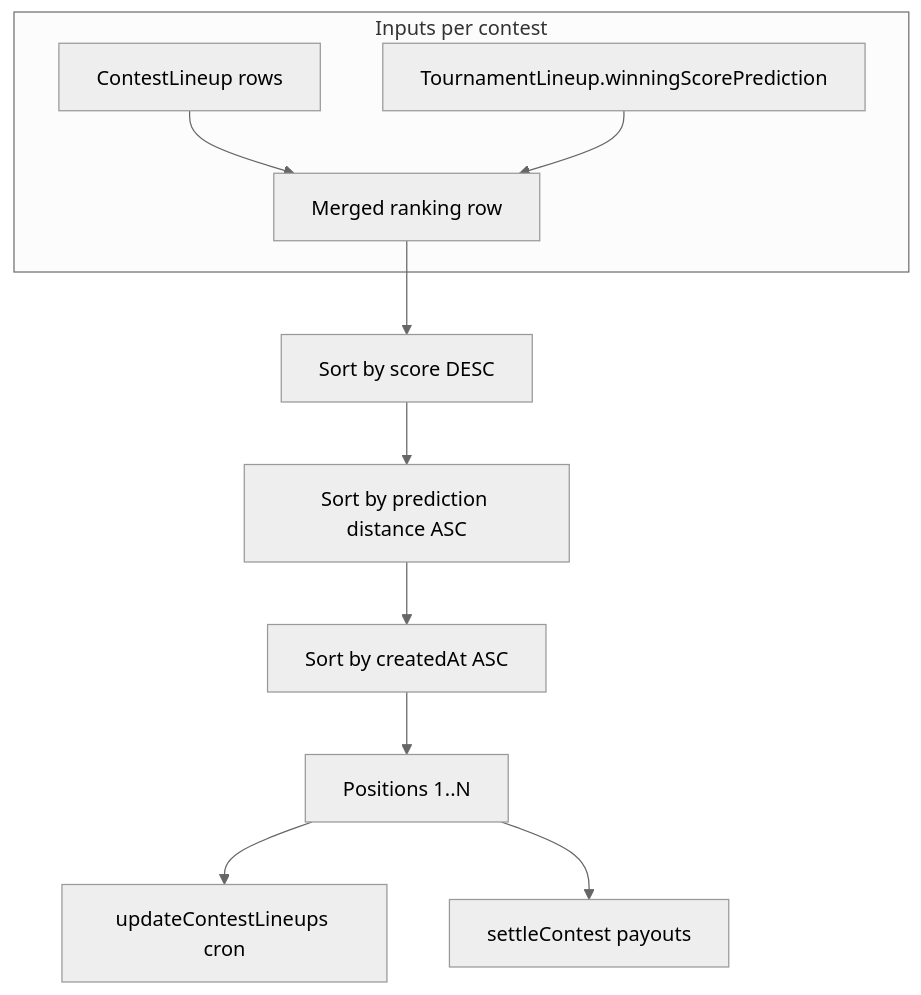
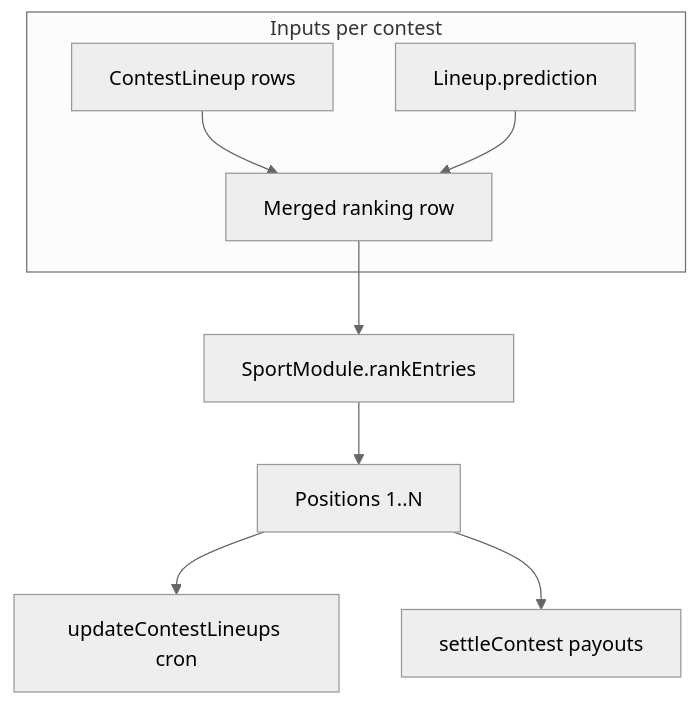
The first of 2 diagrams in docs/lineup-tie-breaker.md (MagRelo/cut), drawn with Mermaid (neutral theme) before and after one commit. The commit also changed other lines of this file and 6 other files, not shown here.

First line of the commit message:
Update platform architecture and documentation for lineup and prediction components

````diff
--- a/docs/lineup-tie-breaker.md
+++ b/docs/lineup-tie-breaker.md
@@ -151,15 +154,13 @@
 ```mermaid
 flowchart TD
   subgraph inputs [Inputs per contest]
     CL[ContestLineup rows]
-    TL[TournamentLineup.winningScorePrediction]
+    L[Lineup.prediction]
     CL --> Merge[Merged ranking row]
-    TL --> Merge
+    L --> Merge
   end
-  Merge --> S1[Sort by score DESC]
-  S1 --> S2[Sort by prediction distance ASC]
-  S2 --> S3[Sort by createdAt ASC]
-  S3 --> Pos[Positions 1..N]
+  Merge --> Rank[SportModule.rankEntries]
+  Rank --> Pos[Positions 1..N]
   Pos --> Live[updateContestLineups cron]
   Pos --> Settle[settleContest payouts]
 ```
````
